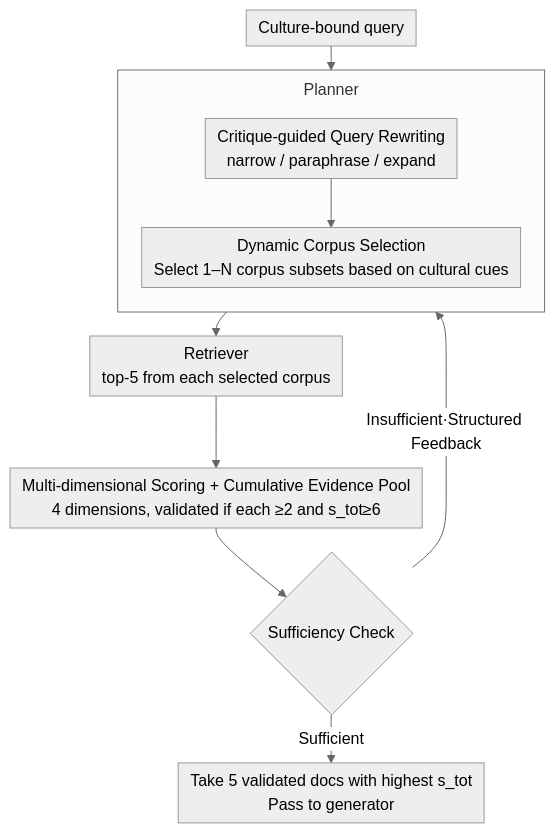
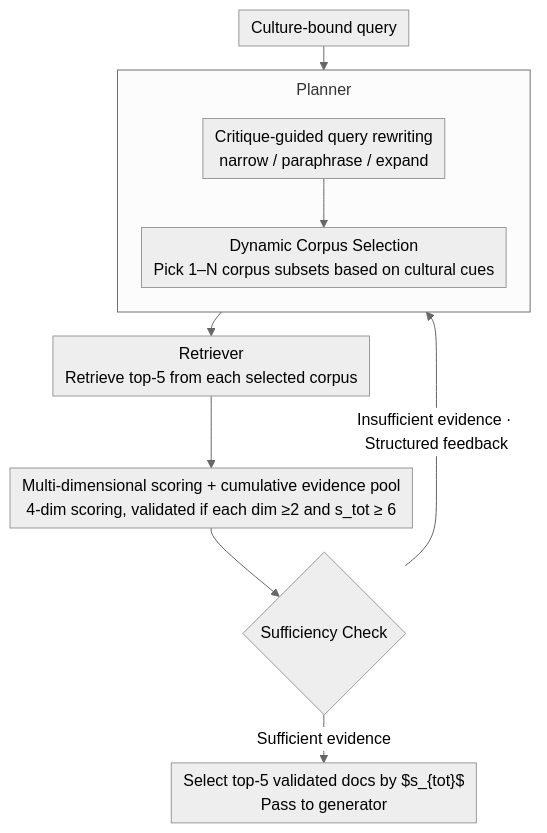
The diagram in docs/ACL2026/information_retrieval/coral_adaptive_retrieval_loop_for_culturally-aligned_multilingual_rag.md (zhaoyang97/Paper-Notes-en), drawn with Mermaid (neutral theme) before and after one commit. The commit also changed other lines of this file and 5084 other files, not shown here.

````diff
--- a/docs/ACL2026/information_retrieval/coral_adaptive_retrieval_loop_for_culturally-aligned_multilingual_rag.md
+++ b/docs/ACL2026/information_retrieval/coral_adaptive_retrieval_loop_for_culturally-aligned_multilingual_rag.md
@@ -43,16 +43,16 @@
 ```mermaid
 %%{init: {'flowchart': {'rankSpacing': 24, 'nodeSpacing': 28, 'padding': 6, 'wrappingWidth': 400, 'subGraphTitleMargin': {'top': 8, 'bottom': 16}}}}%%
 flowchart TD
     Q["Culture-bound query"] --> CS
     subgraph P["Planner"]
         direction TB
-        CS["Dynamic Corpus Selection<br/>Select 1–N corpus subsets based on cultural cues"]
-        QR["Critique-guided Query Rewriting<br/>narrow / paraphrase / expand"]
+        CS["Dynamic Corpus Selection<br/>Pick 1–N corpus subsets based on cultural cues"]
+        QR["Critique-guided query rewriting<br/>narrow / paraphrase / expand"]
         QR --> CS
     end
-    CS --> R["Retriever<br/>top-5 from each selected corpus"]
-    R --> CR["Multi-dimensional Scoring + Cumulative Evidence Pool<br/>4 dimensions, validated if each ≥2 and s_tot≥6"]
+    CS --> R["Retriever<br/>Retrieve top-5 from each selected corpus"]
+    R --> CR["Multi-dimensional scoring + cumulative evidence pool<br/>4-dim scoring, validated if each dim ≥2 and s_tot ≥ 6"]
     CR --> SUF{"Sufficiency Check"}
-    SUF -->|Insufficient·Structured Feedback| QR
-    SUF -->|Sufficient| OUT["Take 5 validated docs with highest s_tot<br/>Pass to generator"]
+    SUF -->|Insufficient evidence · Structured feedback| QR
+    SUF -->|Sufficient evidence| OUT["Select top-5 validated docs by $s_{tot}$<br/>Pass to generator"]
 ```
````
